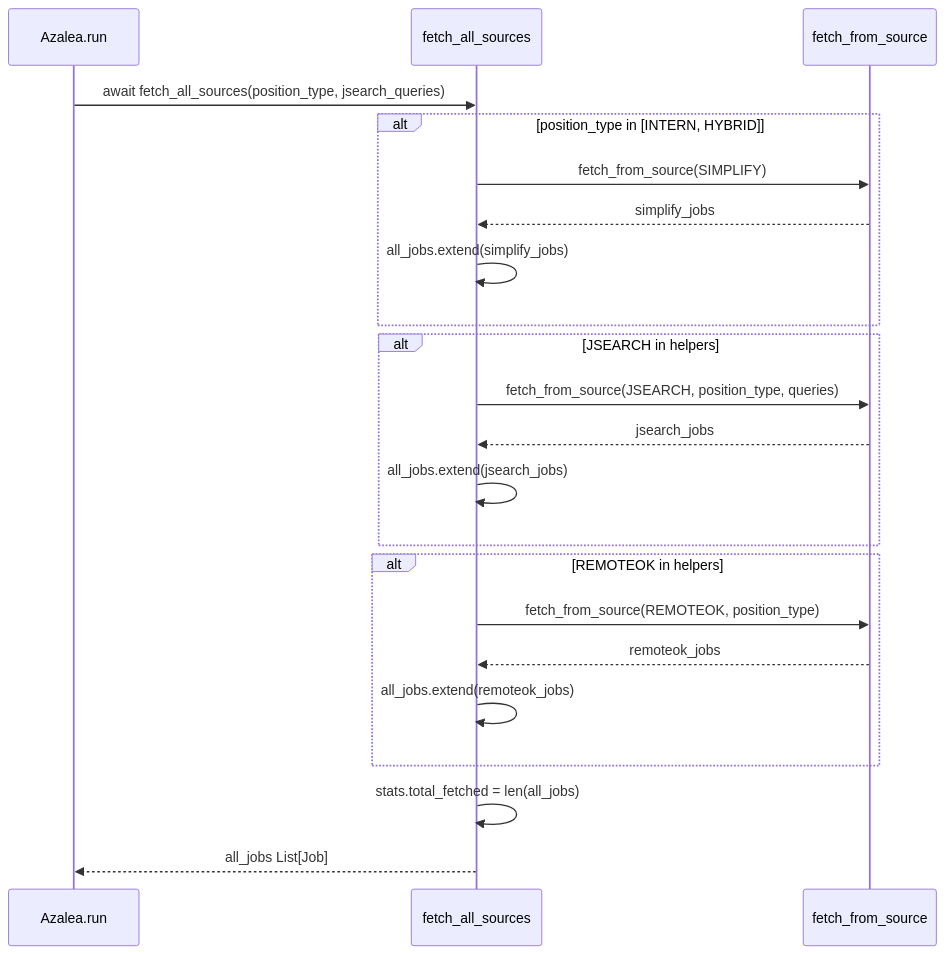
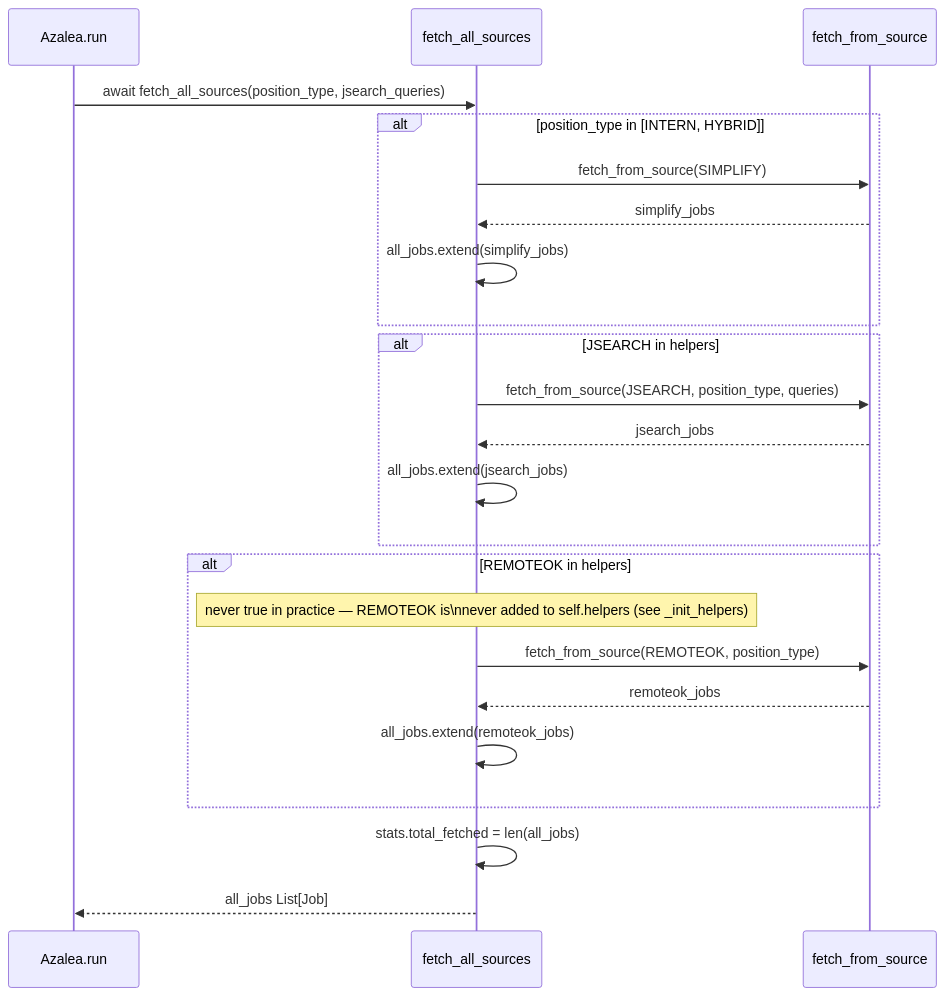
The third of 5 diagrams in docs/diagrams/azalea_seq.md (AustinDwomoh/libra), drawn with Mermaid before and after one commit. The commit also changed other lines of this file and 26 other files, not shown here.

````diff
--- a/docs/diagrams/azalea_seq.md
+++ b/docs/diagrams/azalea_seq.md
@@ -62,31 +60,32 @@
 ```mermaid
 %% sequenceDiagram — fetch_all_sources (per-source gating by position type)
 sequenceDiagram
     participant Run as Azalea.run
     participant FA as fetch_all_sources
     participant FFS as fetch_from_source
 
     Run->>FA: await fetch_all_sources(position_type, jsearch_queries)
 
     alt position_type in [INTERN, HYBRID]
         FA->>FFS: fetch_from_source(SIMPLIFY)
         FFS-->>FA: simplify_jobs
         FA->>FA: all_jobs.extend(simplify_jobs)
     end
 
     alt JSEARCH in helpers
         FA->>FFS: fetch_from_source(JSEARCH, position_type, queries)
         FFS-->>FA: jsearch_jobs
         FA->>FA: all_jobs.extend(jsearch_jobs)
     end
 
     alt REMOTEOK in helpers
+        Note over FA: never true in practice — REMOTEOK is\nnever added to self.helpers (see _init_helpers)
         FA->>FFS: fetch_from_source(REMOTEOK, position_type)
         FFS-->>FA: remoteok_jobs
         FA->>FA: all_jobs.extend(remoteok_jobs)
     end
 
     FA->>FA: stats.total_fetched = len(all_jobs)
     FA-->>Run: all_jobs List[Job]
 
 ```
````
